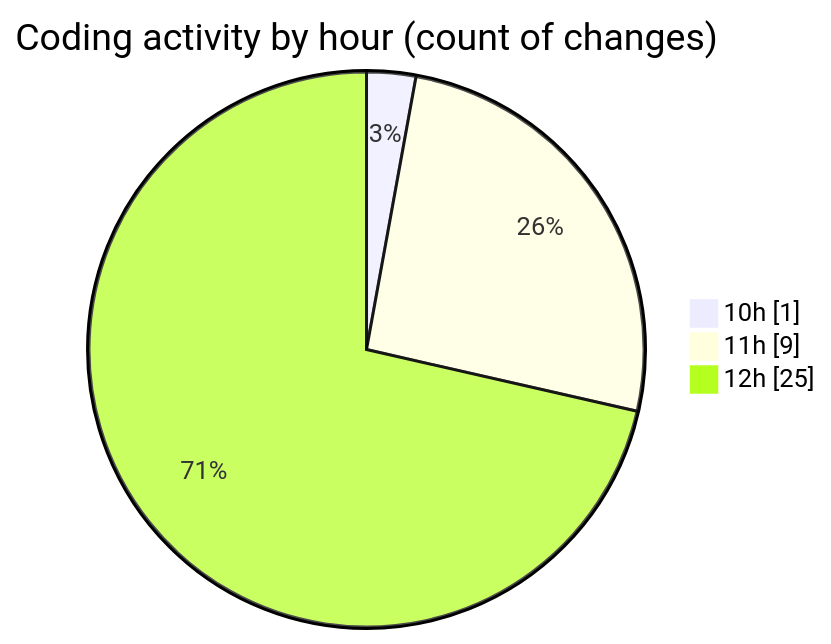
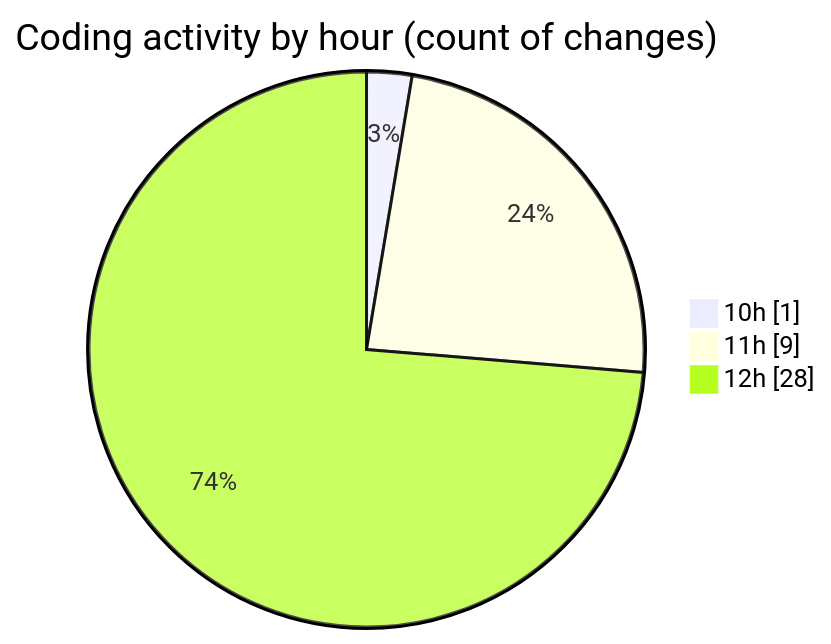
The second of 2 diagrams in 2025-07-10/argos/README.md (nxtqubesakshisongat/code-tracking), drawn with Mermaid before and after one commit. The commit also changed other lines of this file and 1 other file, not shown here.

````diff
--- a/2025-07-10/argos/README.md
+++ b/2025-07-10/argos/README.md
@@ -30,7 +31,7 @@
 ```mermaid
 pie showData
 title Coding activity by hour (count of changes)
 "10h" : 1
 "11h" : 9
-"12h" : 25
+"12h" : 28
 ```
````
